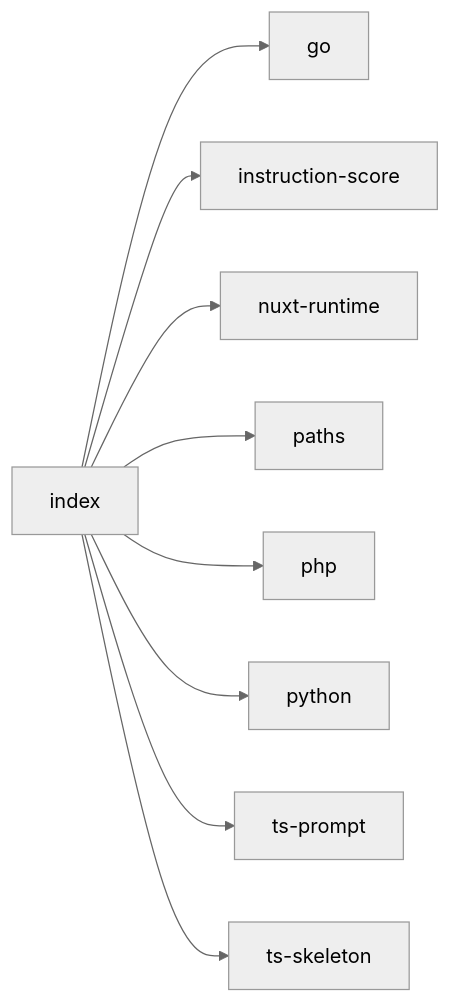
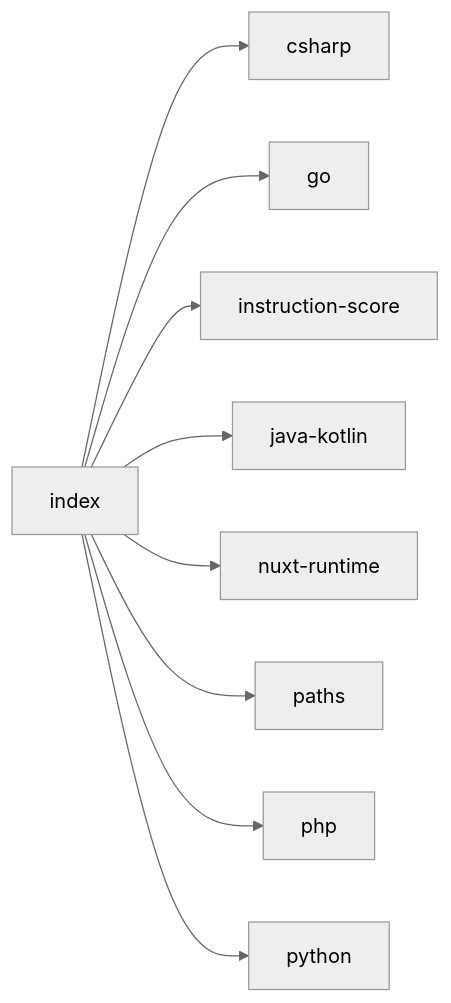
The diagram in .cursor/rules/ctxgraph--src-source-extract-index.mdc (hellhellpnick/context-graph), drawn with Mermaid (neutral theme) before and after one commit. The commit also changed other lines of this file and 164 other files, not shown here.

````diff
--- a/.cursor/rules/ctxgraph--src-source-extract-index.mdc
+++ b/.cursor/rules/ctxgraph--src-source-extract-index.mdc
@@ -14,12 +14,12 @@
 ```mermaid
 graph LR
   index[index]
+  index --> csharp[csharp]
   index --> go[go]
   index --> instruction_score[instruction-score]
+  index --> java_kotlin[java-kotlin]
   index --> nuxt_runtime[nuxt-runtime]
   index --> paths[paths]
   index --> php[php]
   index --> python[python]
-  index --> ts_prompt[ts-prompt]
-  index --> ts_skeleton[ts-skeleton]
 ```
````
